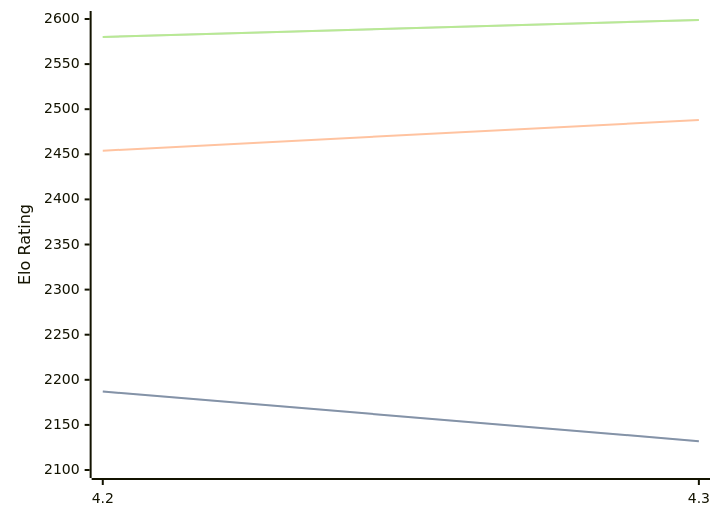
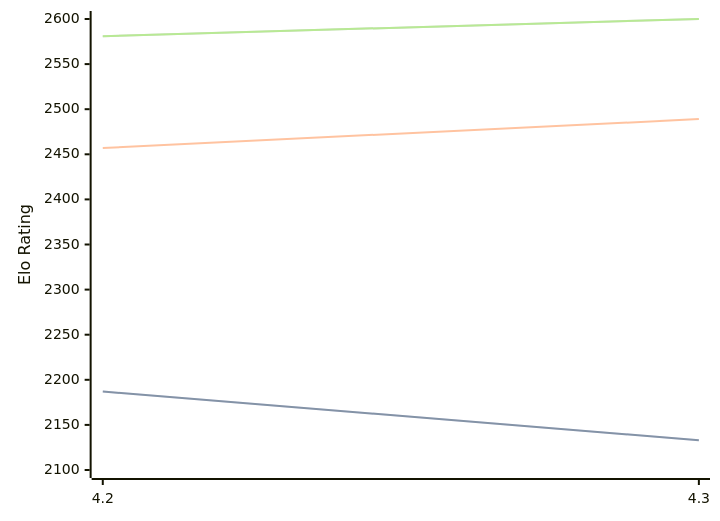
One commit to computer-chess-index/cci changed the diagram in engines/Eubos.md. Above: the diagram before and after it, drawn with Mermaid. The commit also changed other lines of this file, not shown here.

Commit message:
Update CCI Ratings (ELO VLTC) - 2026-04-11

````diff
--- a/engines/Eubos.md
+++ b/engines/Eubos.md
@@ -88,11 +88,11 @@
 ```mermaid
 %%{init: {"theme":"base","themeVariables":{"seriesColors:['#a3a3a3','#222221','#faa371']}}}%%
 xychart-beta
   x-axis ["4.2", "4.3"]
   y-axis "Elo Rating" 2100 --> 2600
-  line "STC (8.0+0.08s)" [2187, 2132]
-  line "STC (8.0+0.08s)" [2187, 2132]
-  line "LTC (60.0+0.60s)" [2454, 2488]
-  line "VLTC (2m24s+1.12s)" [2580, 2599]
-  line "VLTC (2m24s+1.12s)" [2580, 2599]
+  line "STC (8.0+0.08s)" [2187, 2133]
+  line "STC (8.0+0.08s)" [2187, 2133]
+  line "LTC (60.0+0.60s)" [2457, 2489]
+  line "VLTC (2m24s+1.12s)" [2581, 2600]
+  line "VLTC (2m24s+1.12s)" [2581, 2600]
 ```
````
